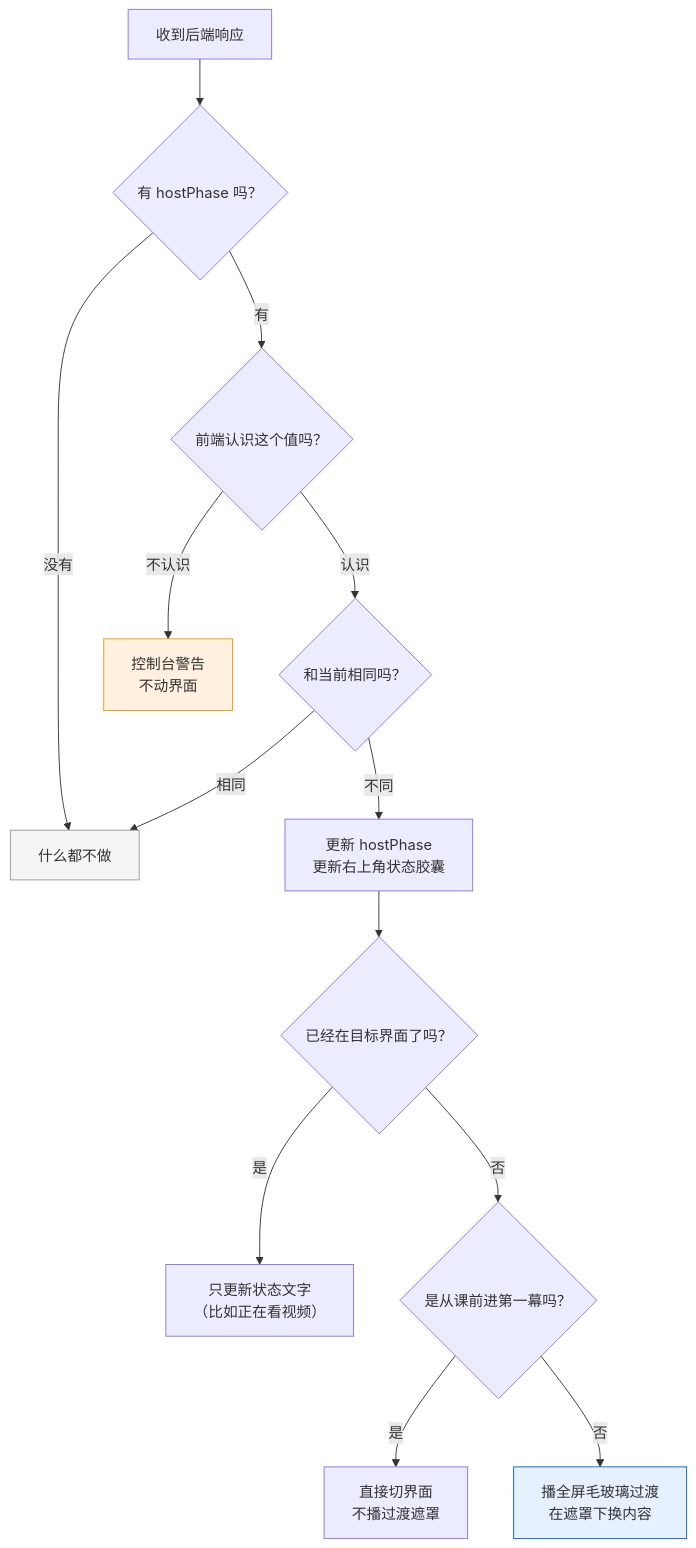
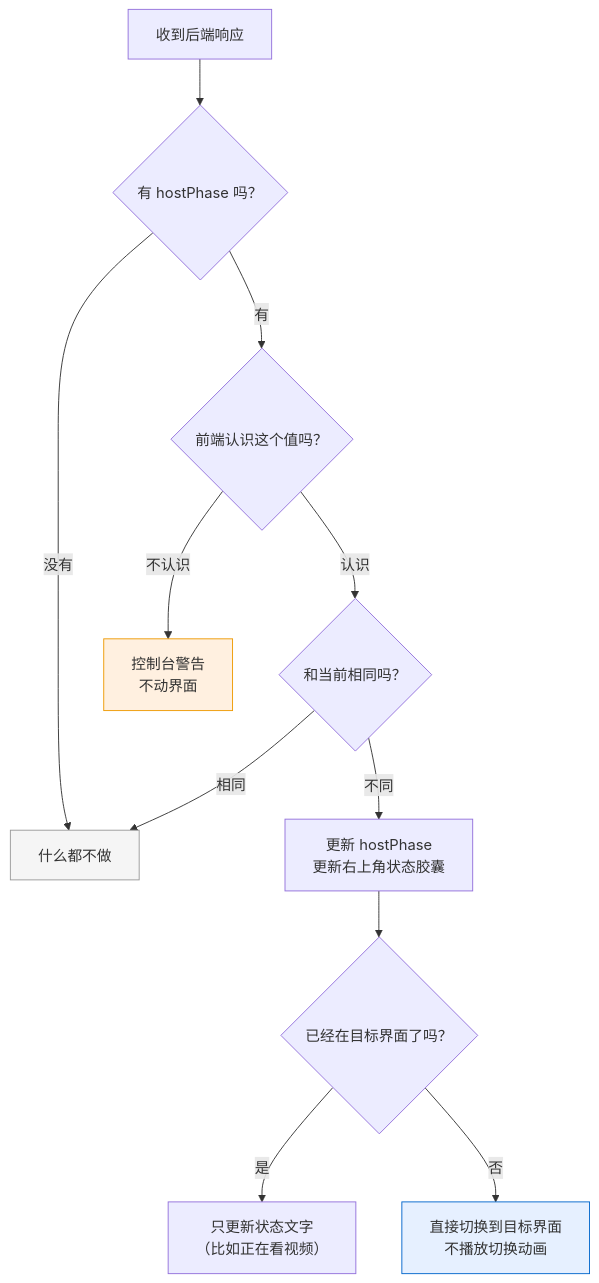
Before and after one commit to Awdyuer/SZU_Student_Agent: the fourth of 5 diagrams in docs/architecture/ARCHITECTURE.md, drawn with Mermaid. The commit also changed other lines of this file and 19 other files, not shown here.

Commit message:
添加流程图和快速启动文件

````diff
--- a/docs/architecture/ARCHITECTURE.md
+++ b/docs/architecture/ARCHITECTURE.md
@@ -158,23 +157,20 @@
 ```mermaid
 flowchart TD
     A["收到后端响应"] --> B{"有 hostPhase 吗？"}
     B -->|没有| Z["什么都不做"]
     B -->|有| C{"前端认识这个值吗？"}
 
     C -->|不认识| Y["控制台警告<br/>不动界面"]
     C -->|认识| D{"和当前相同吗？"}
 
     D -->|相同| Z
     D -->|不同| E["更新 hostPhase<br/>更新右上角状态胶囊"]
 
     E --> F{"已经在目标界面了吗？"}
     F -->|是| G["只更新状态文字<br/>（比如正在看视频）"]
-    F -->|否| H{"是从课前进第一幕吗？"}
-
-    H -->|是| I["直接切界面<br/>不播过渡遮罩"]
-    H -->|否| J["播全屏毛玻璃过渡<br/>在遮罩下换内容"]
+    F -->|否| I["直接切换到目标界面<br/>不播放切换动画"]
 
     style Z fill:#f5f5f5,stroke:#999
     style Y fill:#fff0e0,stroke:#e90
-    style J fill:#e6f0ff,stroke:#06c
+    style I fill:#e6f0ff,stroke:#06c
 ```
````
